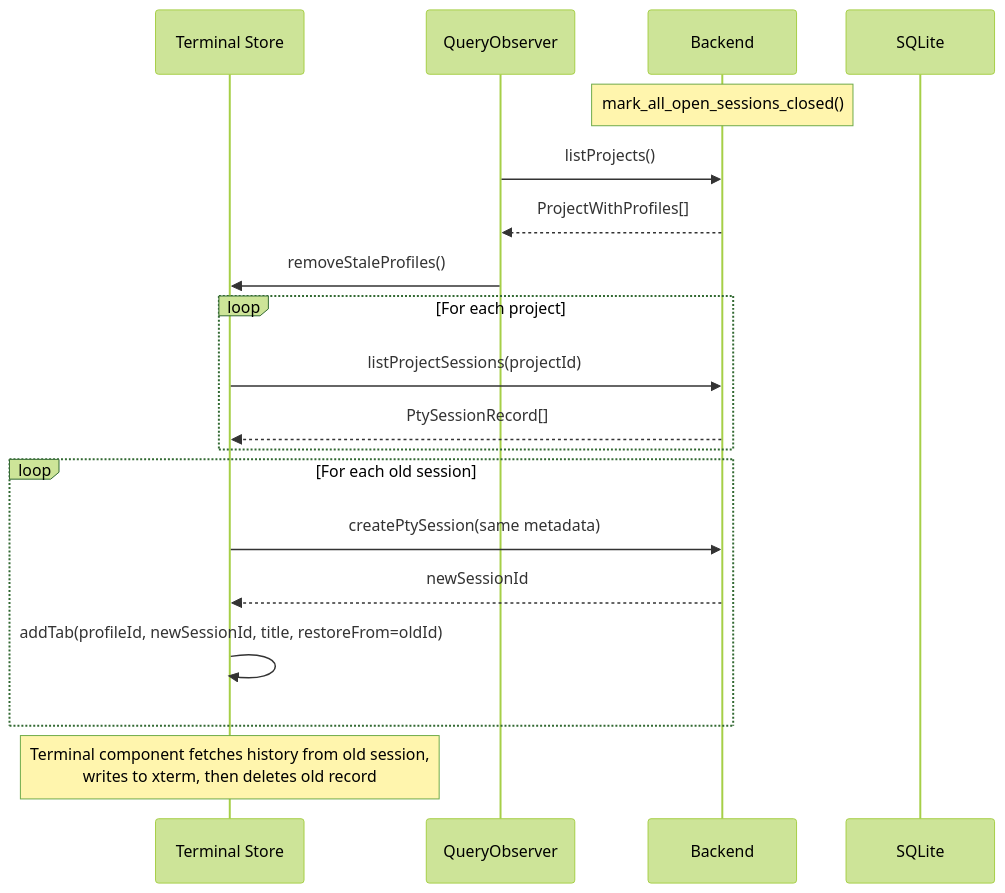
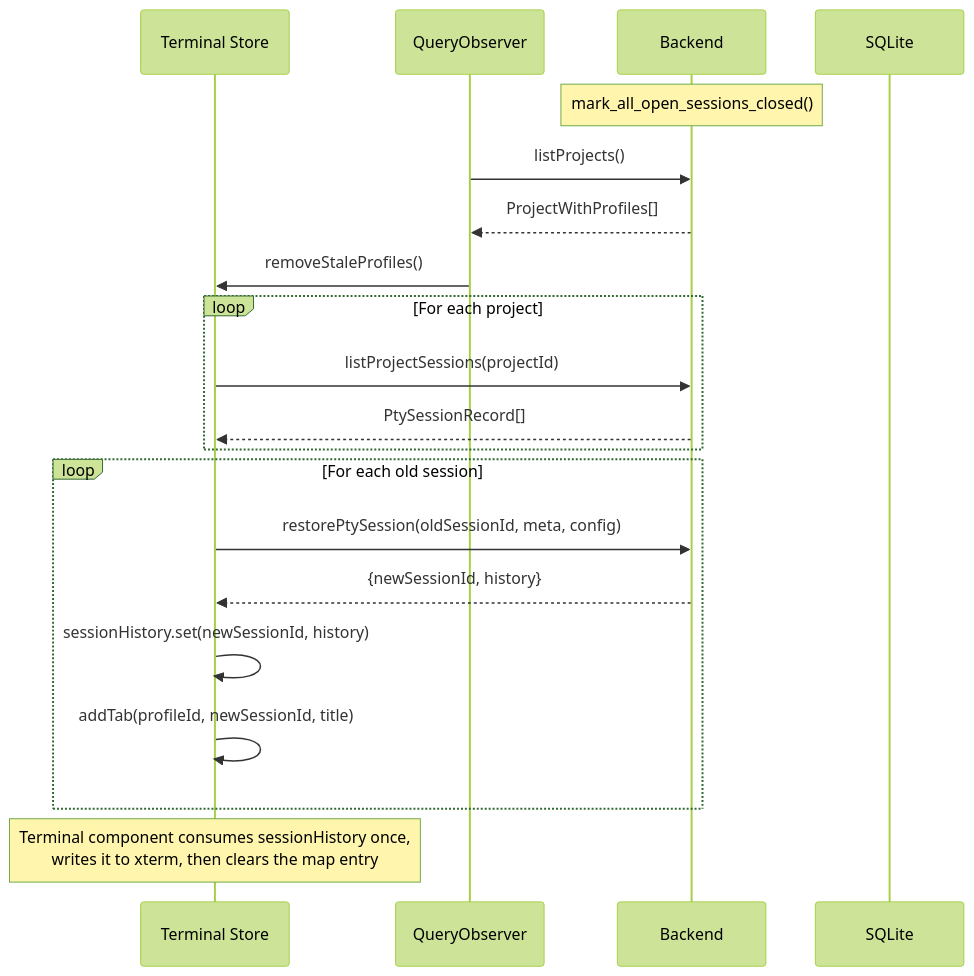
Before and after one commit to AkaraChen/2code: the third of 5 diagrams in docs/data-flow.md, drawn with Mermaid (forest theme). The commit also changed other lines of this file and 5 other files, not shown here.

Commit message:
docs: align pty storage architecture

````diff
--- a/docs/data-flow.md
+++ b/docs/data-flow.md
@@ -87,25 +87,26 @@
 ```mermaid
 sequenceDiagram
     participant Store as Terminal Store
     participant QO as QueryObserver
     participant BE as Backend
     participant DB as SQLite
 
     Note over BE: mark_all_open_sessions_closed()
     QO->>BE: listProjects()
     BE-->>QO: ProjectWithProfiles[]
     QO->>Store: removeStaleProfiles()
 
     loop For each project
         Store->>BE: listProjectSessions(projectId)
         BE-->>Store: PtySessionRecord[]
     end
 
     loop For each old session
-        Store->>BE: createPtySession(same metadata)
-        BE-->>Store: newSessionId
-        Store->>Store: addTab(profileId, newSessionId, title, restoreFrom=oldId)
+        Store->>BE: restorePtySession(oldSessionId, meta, config)
+        BE-->>Store: {newSessionId, history}
+        Store->>Store: sessionHistory.set(newSessionId, history)
+        Store->>Store: addTab(profileId, newSessionId, title)
     end
 
-    Note over Store: Terminal component fetches history from old session,<br/>writes to xterm, then deletes old record
+    Note over Store: Terminal component consumes sessionHistory once,<br/>writes it to xterm, then clears the map entry
 ```
````
